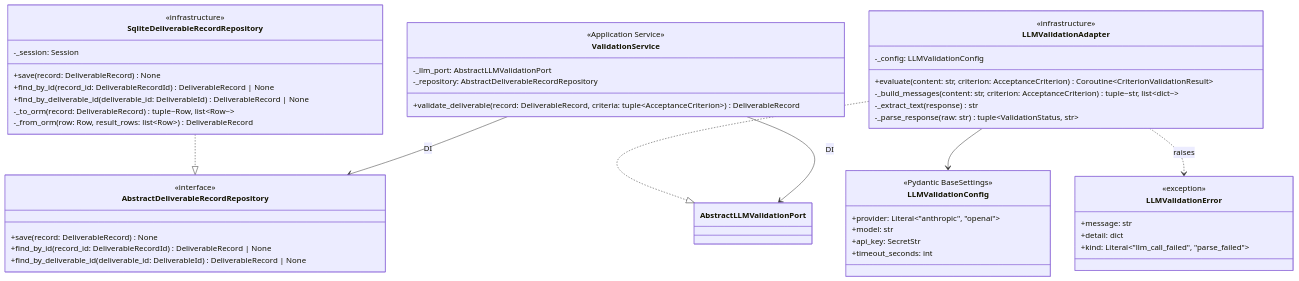
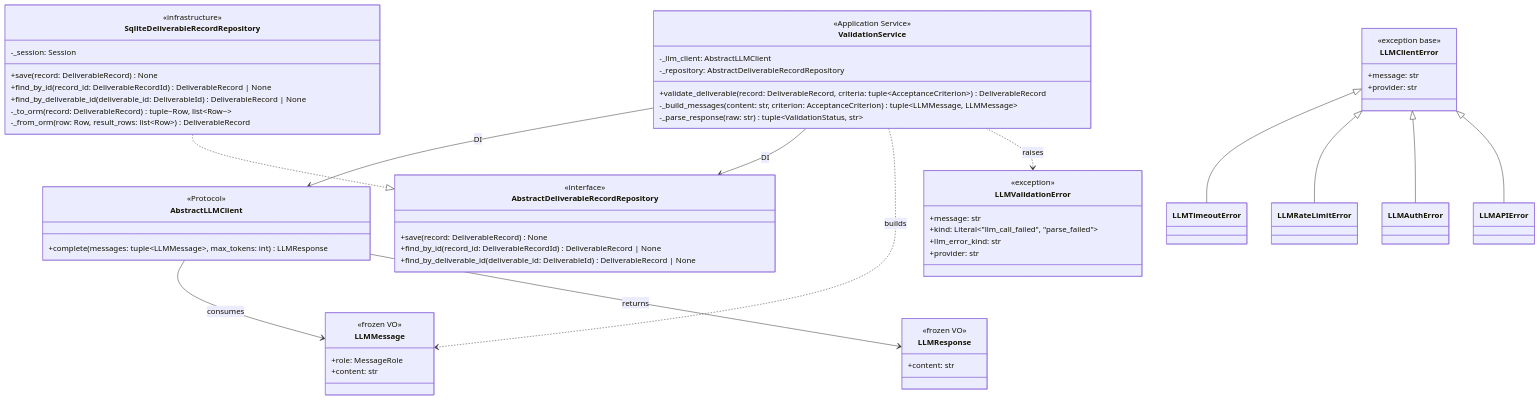
Before and after one commit to bakufu-dev/bakufu: the diagram in docs/features/deliverable-template/ai-validation/detailed-design.md, drawn with Mermaid. The commit also changed other lines of this file and 5 other files, not shown here.

````diff
--- a/docs/features/deliverable-template/ai-validation/detailed-design.md
+++ b/docs/features/deliverable-template/ai-validation/detailed-design.md
@@ -22,57 +22,70 @@
 ```mermaid
 classDiagram
     class ValidationService {
         <<Application Service>>
-        -_llm_port: AbstractLLMValidationPort
+        -_llm_client: AbstractLLMClient
         -_repository: AbstractDeliverableRecordRepository
         +validate_deliverable(record: DeliverableRecord, criteria: tuple~AcceptanceCriterion~) DeliverableRecord
-    }
-
-    class LLMValidationAdapter {
-        <<infrastructure>>
-        -_config: LLMValidationConfig
-        +evaluate(content: str, criterion: AcceptanceCriterion) Coroutine~CriterionValidationResult~
-        -_build_messages(content: str, criterion: AcceptanceCriterion) tuple~str, list~dict~~
-        -_extract_text(response) str
+        -_build_messages(content: str, criterion: AcceptanceCriterion) tuple~LLMMessage, LLMMessage~
         -_parse_response(raw: str) tuple~ValidationStatus, str~
     }
 
-    class LLMValidationConfig {
-        <<Pydantic BaseSettings>>
-        +provider: Literal~"anthropic", "openai"~
-        +model: str
-        +api_key: SecretStr
-        +timeout_seconds: int
+    class AbstractLLMClient {
+        <<Protocol>>
+        +complete(messages: tuple~LLMMessage~, max_tokens: int) LLMResponse
+    }
+
+    class LLMMessage {
+        <<frozen VO>>
+        +role: MessageRole
+        +content: str
+    }
+
+    class LLMResponse {
+        <<frozen VO>>
+        +content: str
+    }
+
+    class LLMClientError {
+        <<exception base>>
+        +message: str
+        +provider: str
     }
 
     class AbstractDeliverableRecordRepository {
         <<interface>>
         +save(record: DeliverableRecord) None
         +find_by_id(record_id: DeliverableRecordId) DeliverableRecord | None
         +find_by_deliverable_id(deliverable_id: DeliverableId) DeliverableRecord | None
     }
 
     class SqliteDeliverableRecordRepository {
         <<infrastructure>>
         -_session: Session
         +save(record: DeliverableRecord) None
         +find_by_id(record_id: DeliverableRecordId) DeliverableRecord | None
         +find_by_deliverable_id(deliverable_id: DeliverableId) DeliverableRecord | None
         -_to_orm(record: DeliverableRecord) tuple~Row, list~Row~~
         -_from_orm(row: Row, result_rows: list~Row~) DeliverableRecord
     }
 
     class LLMValidationError {
         <<exception>>
         +message: str
-        +detail: dict
         +kind: Literal~"llm_call_failed", "parse_failed"~
+        +llm_error_kind: str
+        +provider: str
     }
 
-    ValidationService --> AbstractLLMValidationPort : DI
+    ValidationService --> AbstractLLMClient : DI
     ValidationService --> AbstractDeliverableRecordRepository : DI
-    LLMValidationAdapter ..|> AbstractLLMValidationPort
-    LLMValidationAdapter --> LLMValidationConfig
-    LLMValidationAdapter ..> LLMValidationError : raises
+    ValidationService ..> LLMMessage : builds
+    ValidationService ..> LLMValidationError : raises
+    AbstractLLMClient --> LLMMessage : consumes
+    AbstractLLMClient --> LLMResponse : returns
+    LLMClientError <|-- LLMTimeoutError
+    LLMClientError <|-- LLMRateLimitError
+    LLMClientError <|-- LLMAuthError
+    LLMClientError <|-- LLMAPIError
     SqliteDeliverableRecordRepository ..|> AbstractDeliverableRecordRepository
 ```
````
